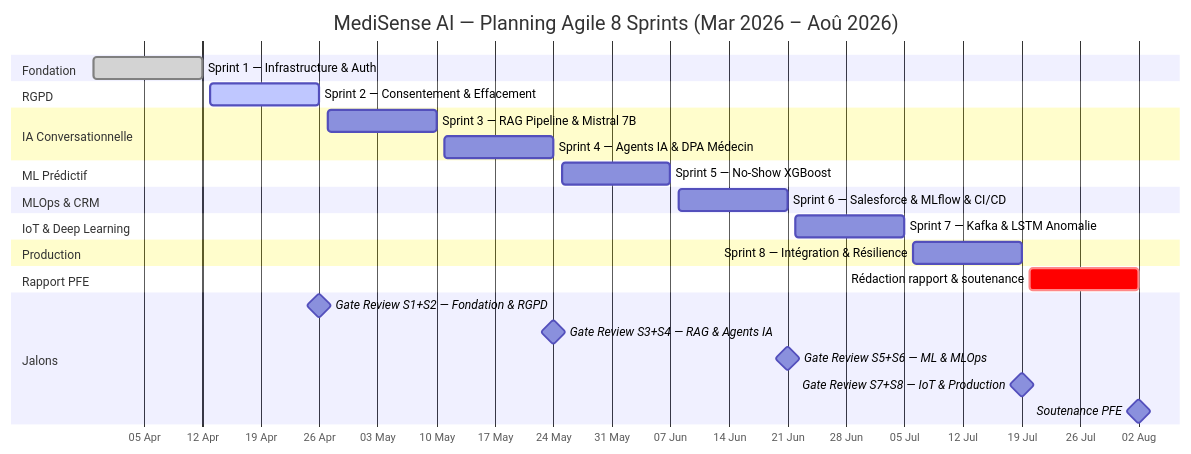
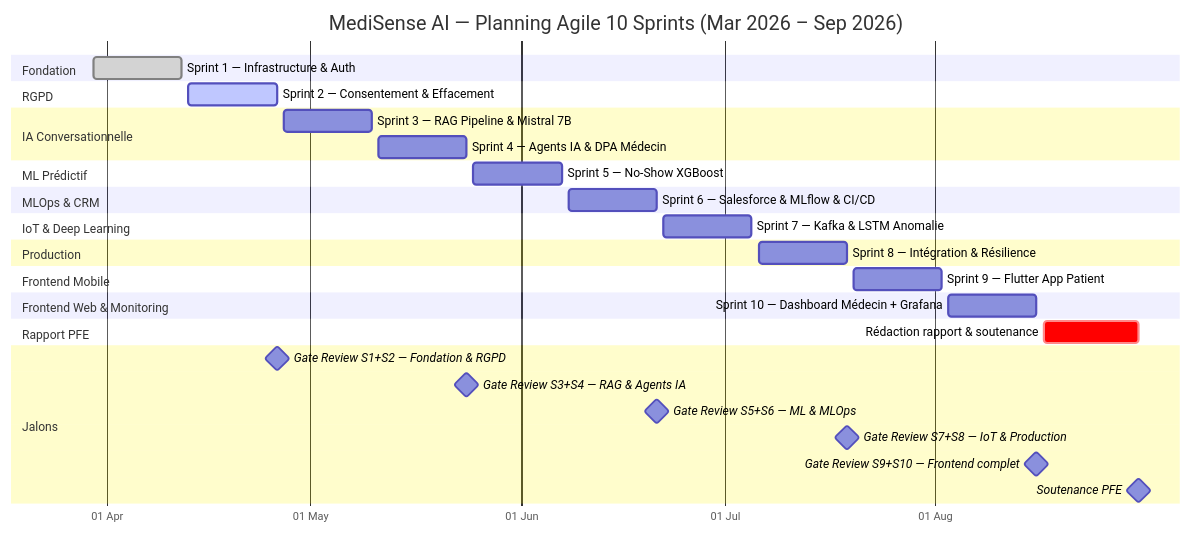
Before and after one commit to Boussyf0/MediSense-AI: the sixth of 21 diagrams in docs/METHODOLOGIE.md, drawn with Mermaid. The commit also changed other lines of this file, not shown here.

First line of the commit message:
feat(backlog): add frontend sprints 9 & 10 + 14 new user stories (US-47→US-60)

````diff
--- a/docs/METHODOLOGIE.md
+++ b/docs/METHODOLOGIE.md
@@ -334,38 +381,45 @@
 ```mermaid
 gantt
-    title MediSense AI — Planning Agile 8 Sprints (Mar 2026 – Aoû 2026)
+    title MediSense AI — Planning Agile 10 Sprints (Mar 2026 – Sep 2026)
     dateFormat  YYYY-MM-DD
     axisFormat  %d %b
 
     section Fondation
     Sprint 1 — Infrastructure & Auth          :done,    s1, 2026-03-30, 2026-04-12
 
     section RGPD
     Sprint 2 — Consentement & Effacement      :active,  s2, 2026-04-13, 2026-04-26
 
     section IA Conversationnelle
     Sprint 3 — RAG Pipeline & Mistral 7B      :         s3, 2026-04-27, 2026-05-10
     Sprint 4 — Agents IA & DPA Médecin        :         s4, 2026-05-11, 2026-05-24
 
     section ML Prédictif
     Sprint 5 — No-Show XGBoost                :         s5, 2026-05-25, 2026-06-07
 
     section MLOps & CRM
     Sprint 6 — Salesforce & MLflow & CI/CD    :         s6, 2026-06-08, 2026-06-21
 
     section IoT & Deep Learning
     Sprint 7 — Kafka & LSTM Anomalie          :         s7, 2026-06-22, 2026-07-05
 
     section Production
     Sprint 8 — Intégration & Résilience       :         s8, 2026-07-06, 2026-07-19
 
+    section Frontend Mobile
+    Sprint 9 — Flutter App Patient            :         s9, 2026-07-20, 2026-08-02
+
+    section Frontend Web & Monitoring
+    Sprint 10 — Dashboard Médecin + Grafana   :         s10, 2026-08-03, 2026-08-16
+
     section Rapport PFE
-    Rédaction rapport & soutenance            :crit,    rpt, 2026-07-20, 2026-08-02
+    Rédaction rapport & soutenance            :crit,    rpt, 2026-08-17, 2026-08-31
 
     section Jalons
     Gate Review S1+S2 — Fondation & RGPD     :milestone, g2, 2026-04-26, 0d
     Gate Review S3+S4 — RAG & Agents IA      :milestone, g4, 2026-05-24, 0d
     Gate Review S5+S6 — ML & MLOps           :milestone, g6, 2026-06-21, 0d
     Gate Review S7+S8 — IoT & Production     :milestone, g8, 2026-07-19, 0d
-    Soutenance PFE                            :milestone, sout, 2026-08-02, 0d
+    Gate Review S9+S10 — Frontend complet    :milestone, g10, 2026-08-16, 0d
+    Soutenance PFE                            :milestone, sout, 2026-08-31, 0d
 ```
````
